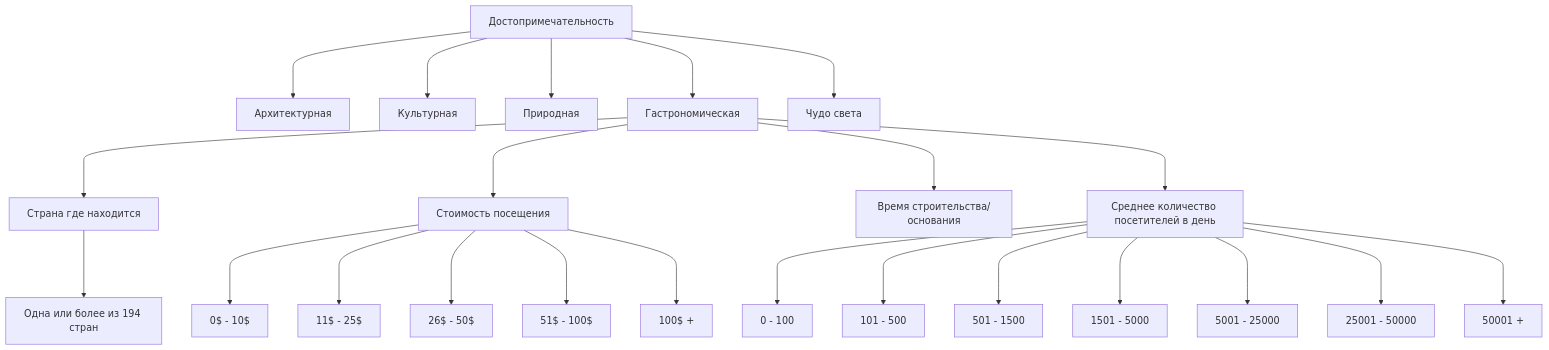
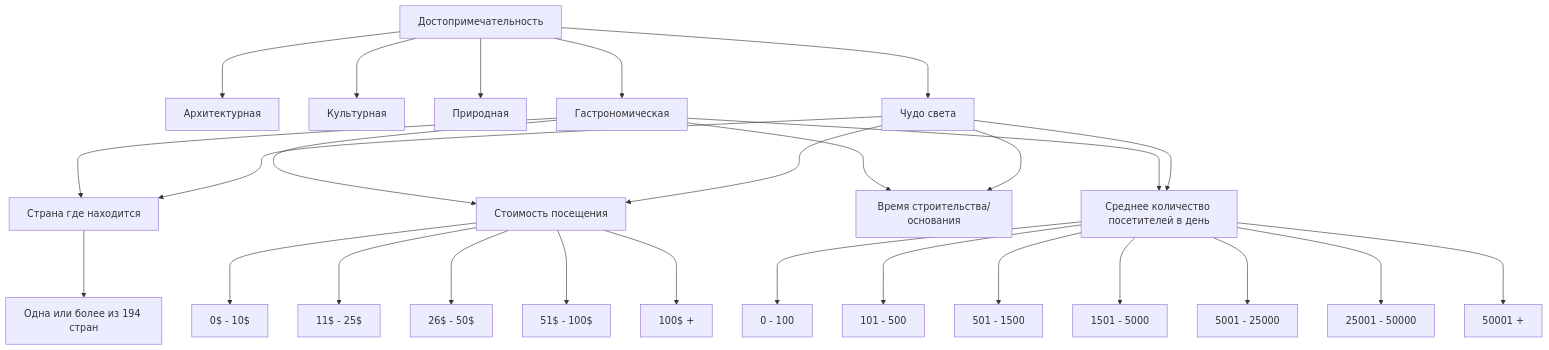
One commit to demonblo/artificial-intelligence-systems changed the diagram in lab_01/tree.md. Above: the diagram before and after it, drawn with Mermaid.

Commit message:
add conections for world miracle in tree.md

````diff
--- a/lab_01/tree.md
+++ b/lab_01/tree.md
@@ -1,29 +1,34 @@
 ```mermaid
 flowchart TD
 Достопримечательность ---> Архитектурная
 Достопримечательность ---> Культурная
 Достопримечательность ---> Природная
 Достопримечательность ---> Гастрономическая
 Достопримечательность ---> ЧС[Чудо света]
 
 Гастрономическая ---> СН[Страна где находится]
 Гастрономическая ---> СП[Стоимость посещения]
 Гастрономическая ---> ВО[Время строительства/основания]
 Гастрономическая ---> КТ[Среднее количество посетителей в день]
 
 СН ---> Страны[Одна или более из 194 стран]
 
 СП ---> low_cost[0$ - 10$]
 СП ---> upper_low_cost[11$ - 25$]
 СП ---> medium_cost[26$ - 50$]
 СП ---> upper_medium_cost[51$ - 100$]
 СП ---> high_cost[100$ +]
 
 КТ ---> super_low_count[0 - 100]
 КТ ---> low_count[101 - 500]
 КТ ---> upper_low_count[501 - 1500]
 КТ ---> medium_count[1501 - 5000]
 КТ ---> upper_medium_count[5001 - 25000]
 КТ ---> high_count[25001 - 50000]
 КТ ---> mega_high_count[50001 +]
+
+ЧС ---> КТ
+ЧС ---> СН
+ЧС ---> ВО
+ЧС ---> СП
 ```
````
